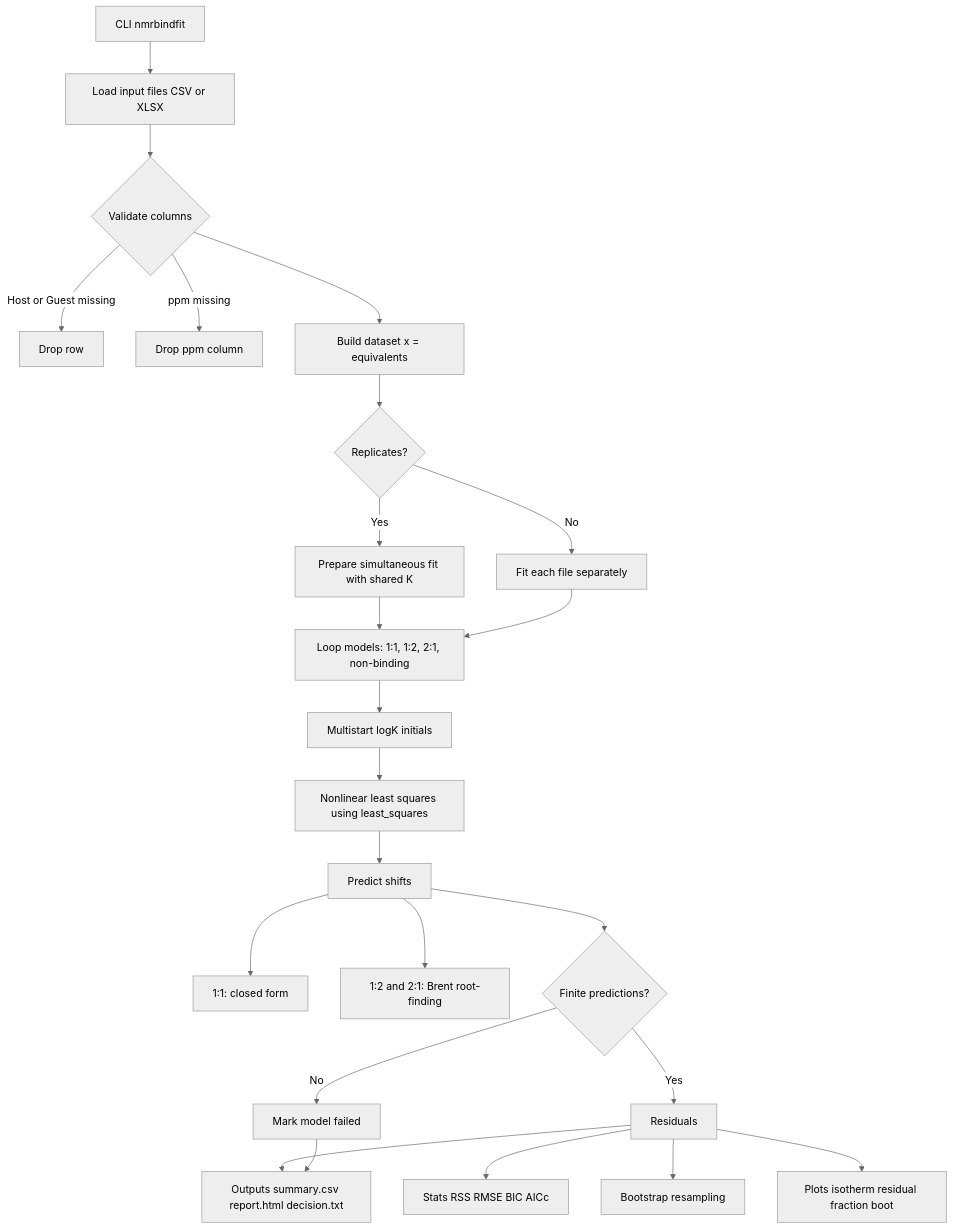
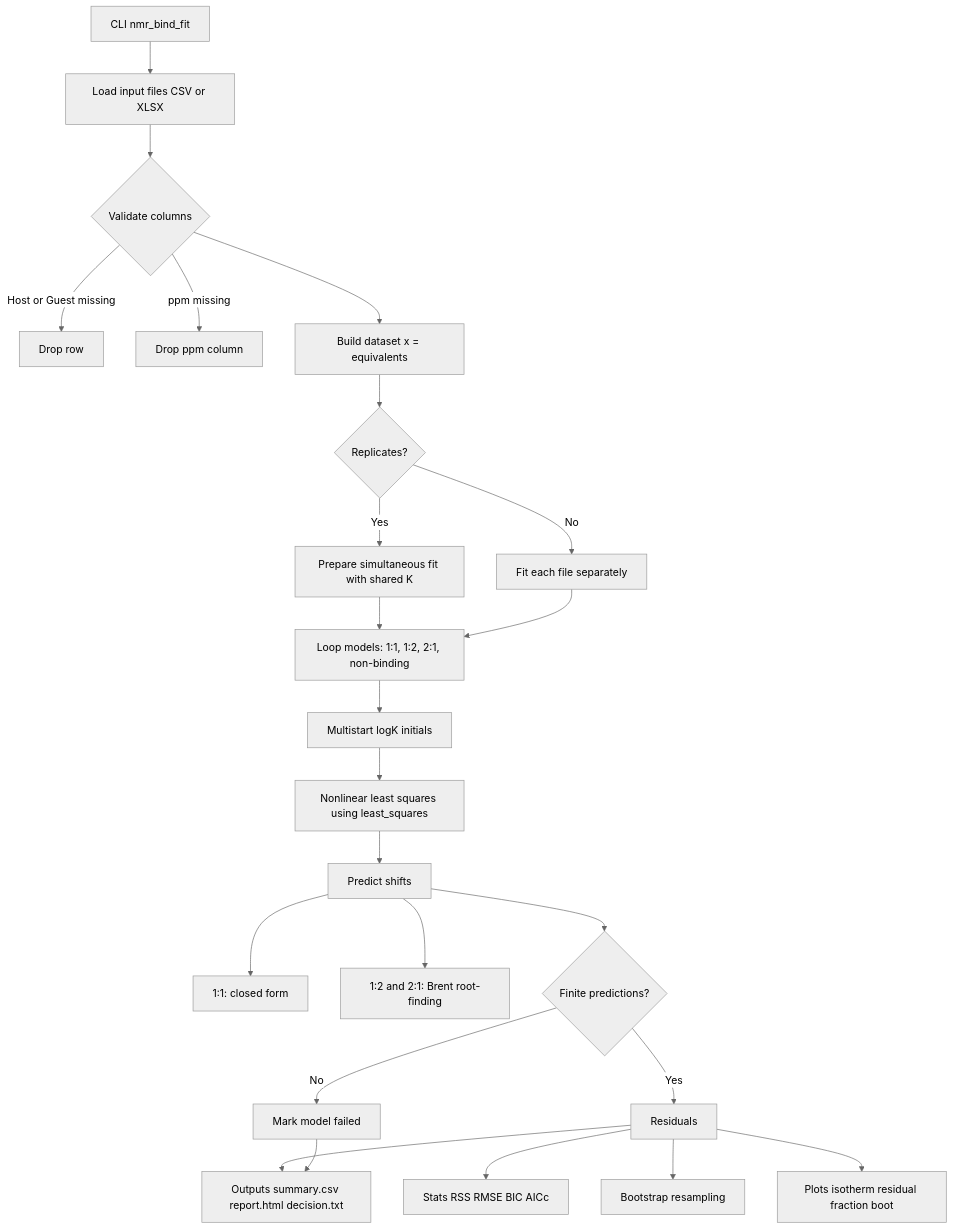
The diagram in README.md (dhsohn/nmr_bind_fit), drawn with Mermaid (neutral theme) before and after one commit. The commit also changed other lines of this file and 28 other files, not shown here.

Commit message:
refactor: rename package to core and project to nmr_bind_fit

````diff
--- a/README.md
+++ b/README.md
@@ -71,31 +71,31 @@
 ```mermaid
 flowchart TD
-    A[CLI nmrbindfit] --> B[Load input files CSV or XLSX]
+    A[CLI nmr_bind_fit] --> B[Load input files CSV or XLSX]
     B --> C{Validate columns}
     C -->|Host or Guest missing| C1[Drop row]
     C -->|ppm missing| C2[Drop ppm column]
     C --> D[Build dataset x = equivalents]
 
     D --> E{Replicates?}
     E -->|Yes| F[Prepare simultaneous fit with shared K]
     E -->|No| G[Fit each file separately]
 
     F --> H[Loop models: 1:1, 1:2, 2:1, non-binding]
     G --> H
 
     H --> I[Multistart logK initials]
     I --> J[Nonlinear least squares using least_squares]
     J --> K[Predict shifts]
     K --> K1[1:1: closed form]
     K --> K2[1:2 and 2:1: Brent root-finding]
     K --> L{Finite predictions?}
     L -->|No| L1[Mark model failed]
     L -->|Yes| M[Residuals]
 
     M --> N[Stats RSS RMSE BIC AICc]
     M --> O[Bootstrap resampling]
     M --> P[Plots isotherm residual fraction boot]
     M --> Q[Outputs summary.csv report.html decision.txt]
 
     L1 --> Q
 ```
````
